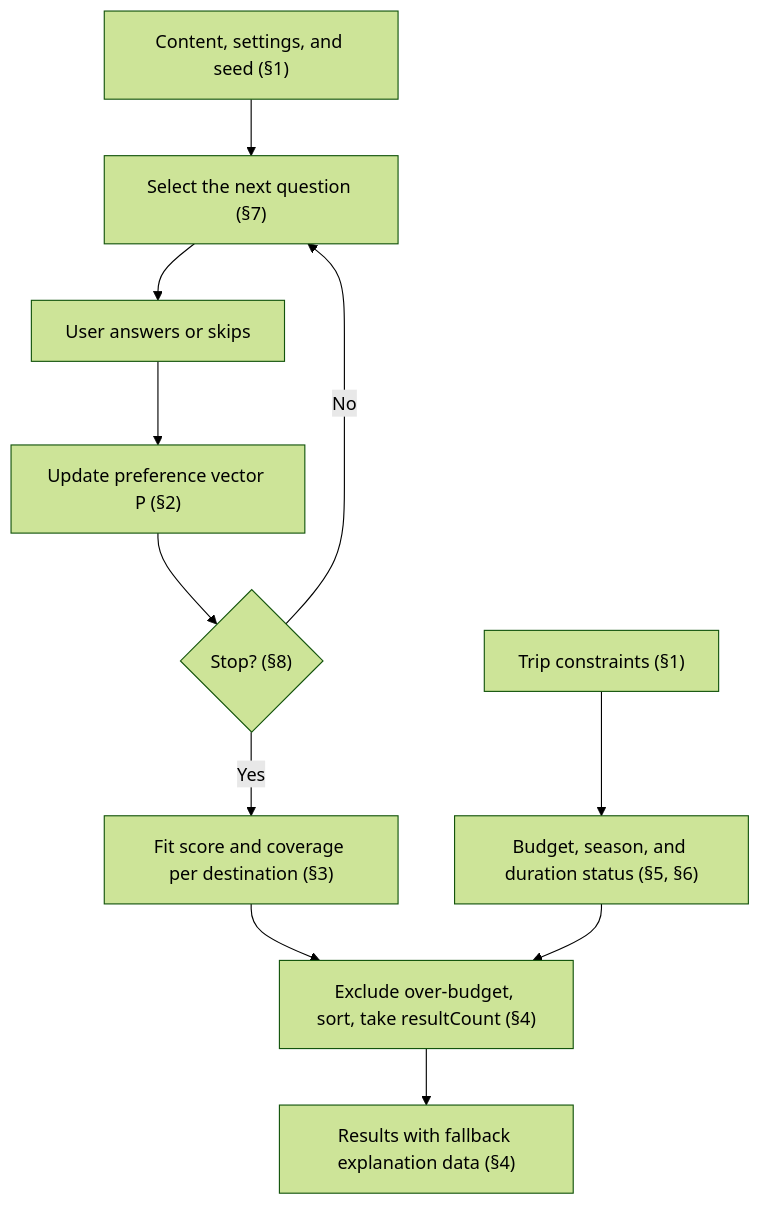
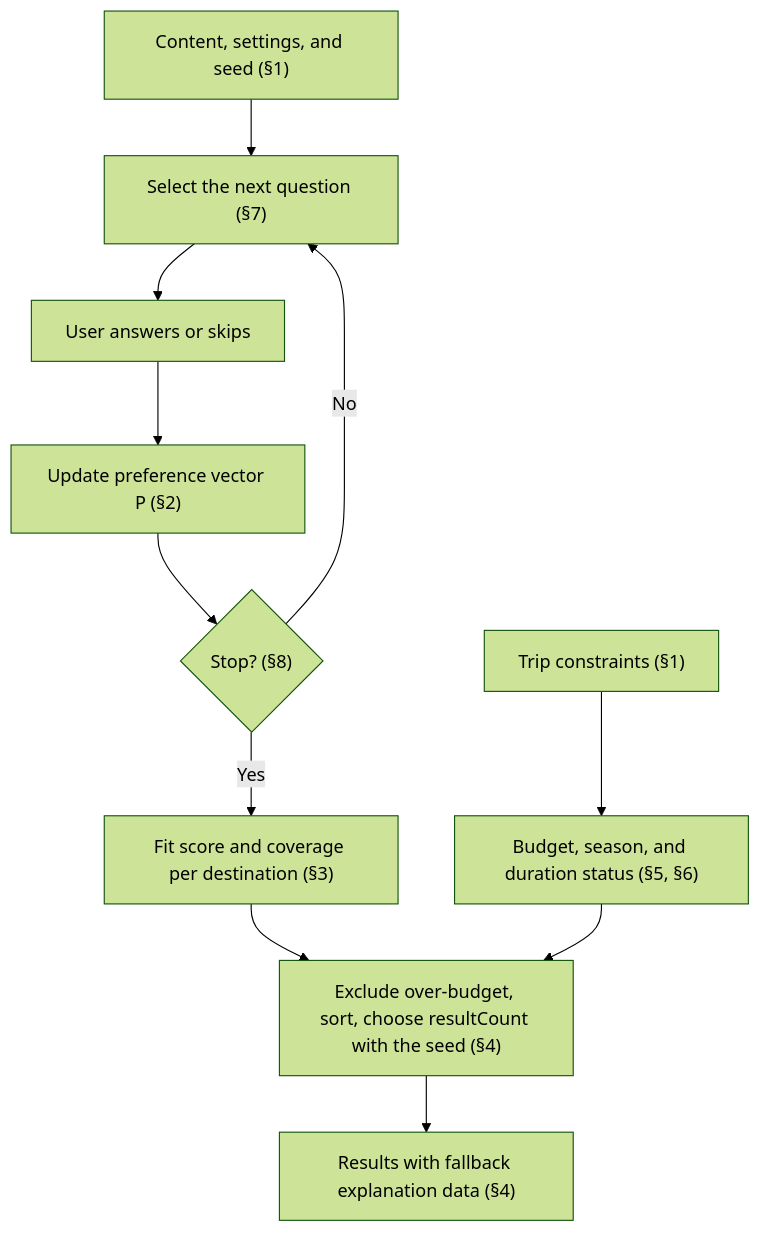
The diagram in docs/en/DIAGNOSTIC_ALGORITHM.md (musica-sanare/travel-discovery-app), drawn with Mermaid (forest theme) before and after one commit. The commit also changed other lines of this file and 29 other files, not shown here.

````diff
--- a/docs/en/DIAGNOSTIC_ALGORITHM.md
+++ b/docs/en/DIAGNOSTIC_ALGORITHM.md
@@ -13,13 +13,13 @@
 ```mermaid
 flowchart TD
   input["Content, settings, and seed (§1)"] --> select["Select the next question (§7)"]
   select --> answer["User answers or skips"]
   answer --> prefs["Update preference vector P (§2)"]
   prefs --> stop{"Stop? (§8)"}
   stop -->|"No"| select
   stop -->|"Yes"| fit["Fit score and coverage per destination (§3)"]
   constraints["Trip constraints (§1)"] --> status["Budget, season, and duration status (§5, §6)"]
-  fit --> rank["Exclude over-budget, sort, take resultCount (§4)"]
+  fit --> rank["Exclude over-budget, sort, choose resultCount with the seed (§4)"]
   status --> rank
   rank --> results["Results with fallback explanation data (§4)"]
 ```
````
